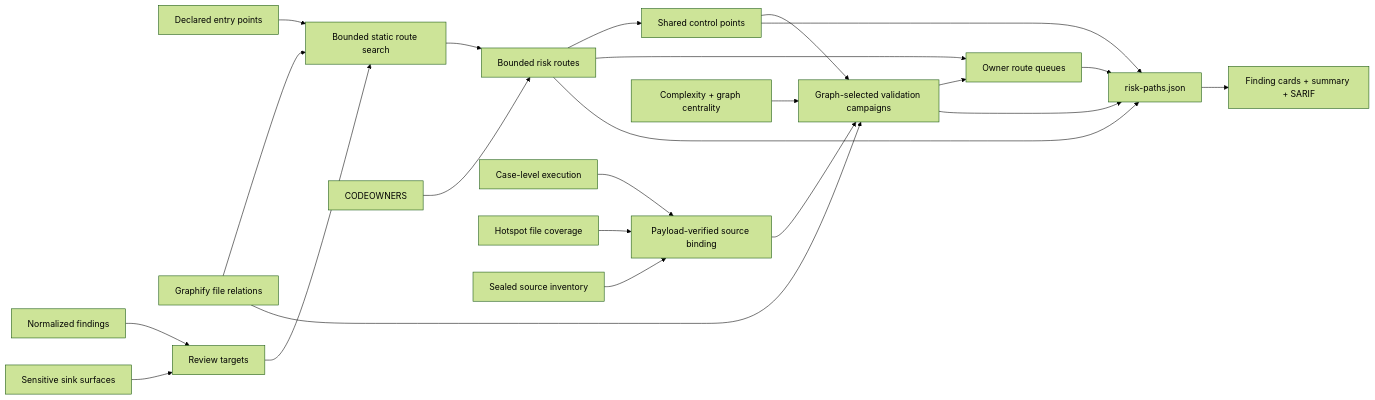
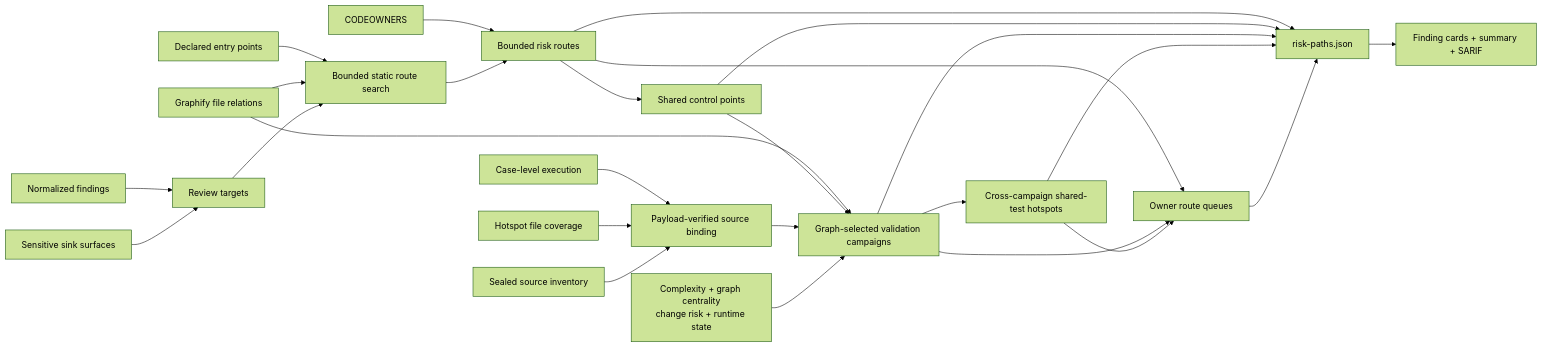
One commit to willtran87/project-py-security-suite changed the seventh of 12 diagrams in docs/design.md. Above: the diagram before and after it, drawn with Mermaid (forest theme). The commit also changed other lines of this file and 11 other files, not shown here.

Commit message:
Synthesize shared validation test hotspots

````diff
--- a/docs/design.md
+++ b/docs/design.md
@@ -347,25 +350,28 @@
 ```mermaid
 flowchart LR
     Entry["Declared entry points"] --> Search["Bounded static route search"]
     Graph["Graphify file relations"] --> Search
     Findings["Normalized findings"] --> Targets["Review targets"]
     Exposure["Sensitive sink surfaces"] --> Targets
     Targets --> Search
     Ownership["CODEOWNERS"] --> Routed["Bounded risk routes"]
     Search --> Routed
     Routed --> Hotspots["Shared control points"]
     Graph --> Campaigns["Graph-selected validation campaigns"]
     Hotspots --> Campaigns
     Tests["Case-level execution"] --> Binding["Payload-verified source binding"]
     Coverage["Hotspot file coverage"] --> Binding
     Inventory["Sealed source inventory"] --> Binding
     Binding --> Campaigns
-    Context["Complexity + graph centrality"] --> Campaigns
+    Context["Complexity + graph centrality<br/>change risk + runtime state"] --> Campaigns
+    Campaigns --> SharedTests["Cross-campaign shared-test hotspots"]
     Routed --> Queues["Owner route queues"]
     Campaigns --> Queues
+    SharedTests --> Queues
     Routed --> Routes["risk-paths.json"]
     Hotspots --> Routes
     Campaigns --> Routes
+    SharedTests --> Routes
     Queues --> Routes
     Routes --> Report["Finding cards + summary + SARIF"]
 ```
````
